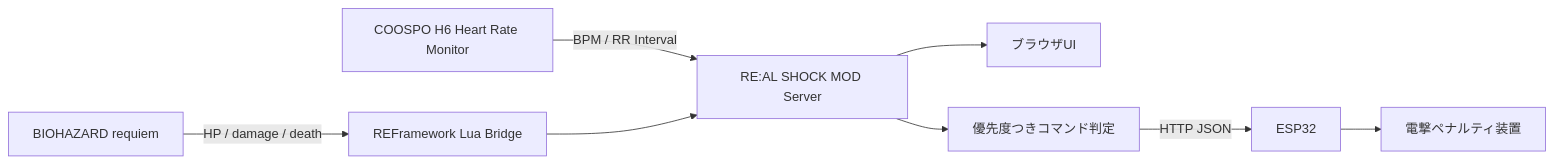
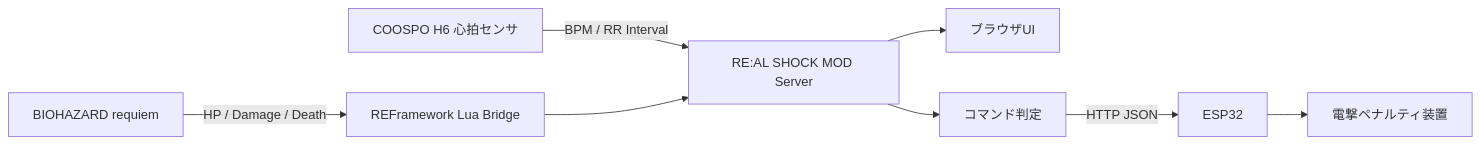
One commit to Saisei2004/real-shock-mod changed the diagram in README.md. Above: the diagram before and after it, drawn with Mermaid. The commit also changed other lines of this file and 1 other file, not shown here.

Commit message:
docs: rewrite README around shock concept

````diff
--- a/README.md
+++ b/README.md
@@ -41,10 +47,10 @@
 ```mermaid
 flowchart LR
-    A["BIOHAZARD requiem"] -->|"HP / damage / death"| B["REFramework Lua Bridge"]
-    C["COOSPO H6 Heart Rate Monitor"] -->|"BPM / RR Interval"| D["RE:AL SHOCK MOD Server"]
+    A["BIOHAZARD requiem"] -->|"HP / Damage / Death"| B["REFramework Lua Bridge"]
+    C["COOSPO H6 心拍センサ"] -->|"BPM / RR Interval"| D["RE:AL SHOCK MOD Server"]
     B --> D
     D --> E["ブラウザUI"]
-    D --> F["優先度つきコマンド判定"]
+    D --> F["コマンド判定"]
     F -->|"HTTP JSON"| G["ESP32"]
     G --> H["電撃ペナルティ装置"]
 ```
````
